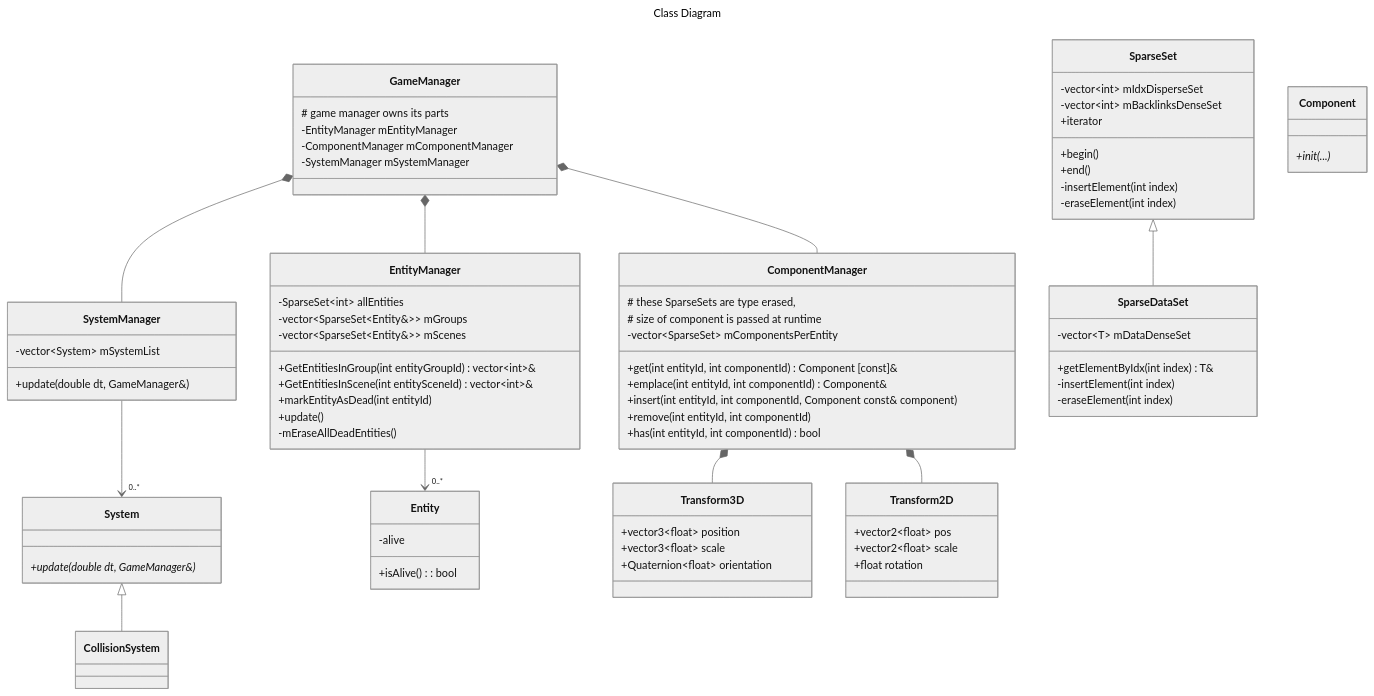
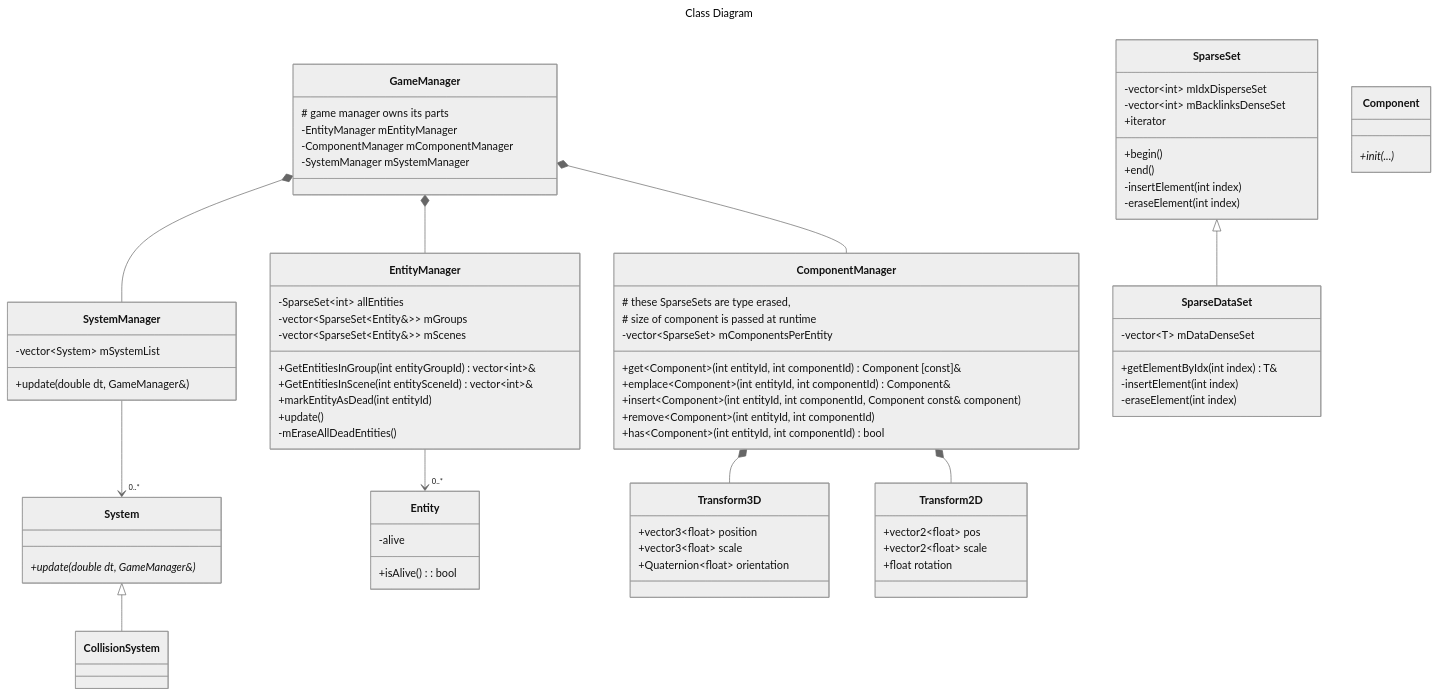
Before and after one commit to IzanDeVegaLopez/Proyectos3_GDV_2025_26: the second of 2 diagrams in documentation/architecture.md, drawn with Mermaid (neutral theme).

Commit message:
Fix formatting of SparseSet method signatures

````diff
--- a/documentation/architecture.md
+++ b/documentation/architecture.md
@@ -34,81 +34,81 @@
 ```mermaid
 ---
 title: Class Diagram
 ---
 classDiagram
 	GameManager *-- EntityManager
 	GameManager *-- ComponentManager
 	GameManager *-- SystemManager
 	SystemManager --> "0..*" System
 	EntityManager --> "0..*" Entity
 	ComponentManager *-- Transform3D  
 	ComponentManager *-- Transform2D
 	System <|-- CollisionSystem
 	SparseSet <|-- SparseDataSet
 	class Entity{
 		-alive
 		+isAlive() : bool
 	}
 	class Component{
 		+init(...)*
 	}
 	class SystemManager{
 		-vector~System~ mSystemList
 		+update(double dt, GameManager&)
 	}
 	class System{
 		+update(double dt, GameManager&)*
 	}
 	class ComponentManager{
 		# these SparseSets are type erased,
 		# size of component is passed at runtime
 		-vector~SparseSet~ mComponentsPerEntity
 
-		+get<Component>(int entityId, int componentId) Component [const]&
-		+emplace<Component>(int entityId, int componentId) Component&
-		+insert<Component>(int entityId, int componentId, Component const& component)
-		+remove<Component>(int entityId, int componentId)
-		+has<Component>(int entityId, int componentId) bool
+		+get~Component~(int entityId, int componentId) Component [const]&
+		+emplace~Component~(int entityId, int componentId) Component&
+		+insert~Component~(int entityId, int componentId, Component const& component)
+		+remove~Component~(int entityId, int componentId)
+		+has~Component~(int entityId, int componentId) bool
 	}
 	class GameManager{
 		# game manager owns its parts
 		-EntityManager mEntityManager
 		-ComponentManager mComponentManager
 		-SystemManager mSystemManager
 	}
     class EntityManager{
         -SparseSet~int~ allEntities
 		-vector~SparseSet~Entity&~~ mGroups
 		-vector~SparseSet~Entity&~~ mScenes
 		+GetEntitiesInGroup(int entityGroupId) vector~int~&
 		+GetEntitiesInScene(int entitySceneId) vector~int~&
 		+markEntityAsDead(int entityId)
 		+update()
 		-mEraseAllDeadEntities()
     }
 	class SparseSet{
 		-vector~int~ mIdxDisperseSet
 		-vector~int~ mBacklinksDenseSet
 		+iterator
 		+begin()
 		+end()
 		-insertElement(int index)
 		-eraseElement(int index)
 	}
     class SparseDataSet~T~{
 		-vector~T~ mDataDenseSet
 		+getElementByIdx(int index) T&
 		-insertElement(int index)
 		-eraseElement(int index)
     }
 	class Transform3D{
 		+vector3~float~ position
 		+vector3~float~ scale
 		+Quaternion~float~ orientation
 	}
 	class Transform2D{
 		+vector2~float~ pos
 		+vector2~float~ scale
 		+float rotation
 	}
 ```
````
